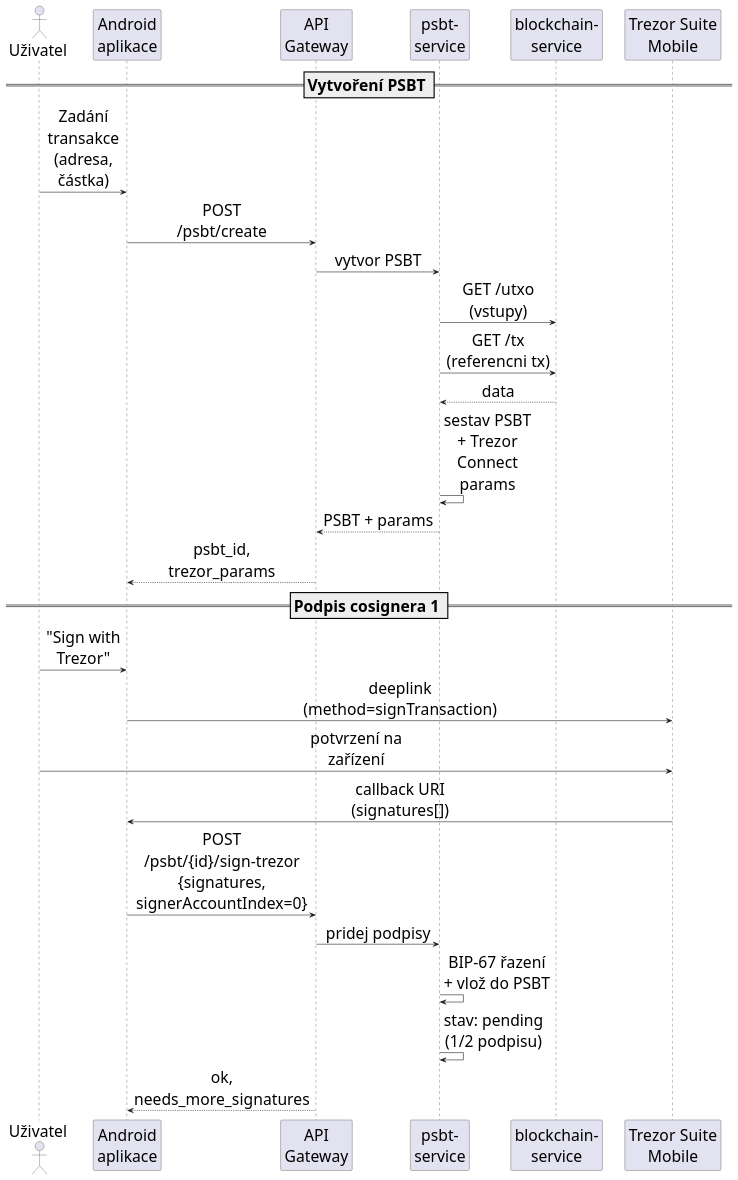
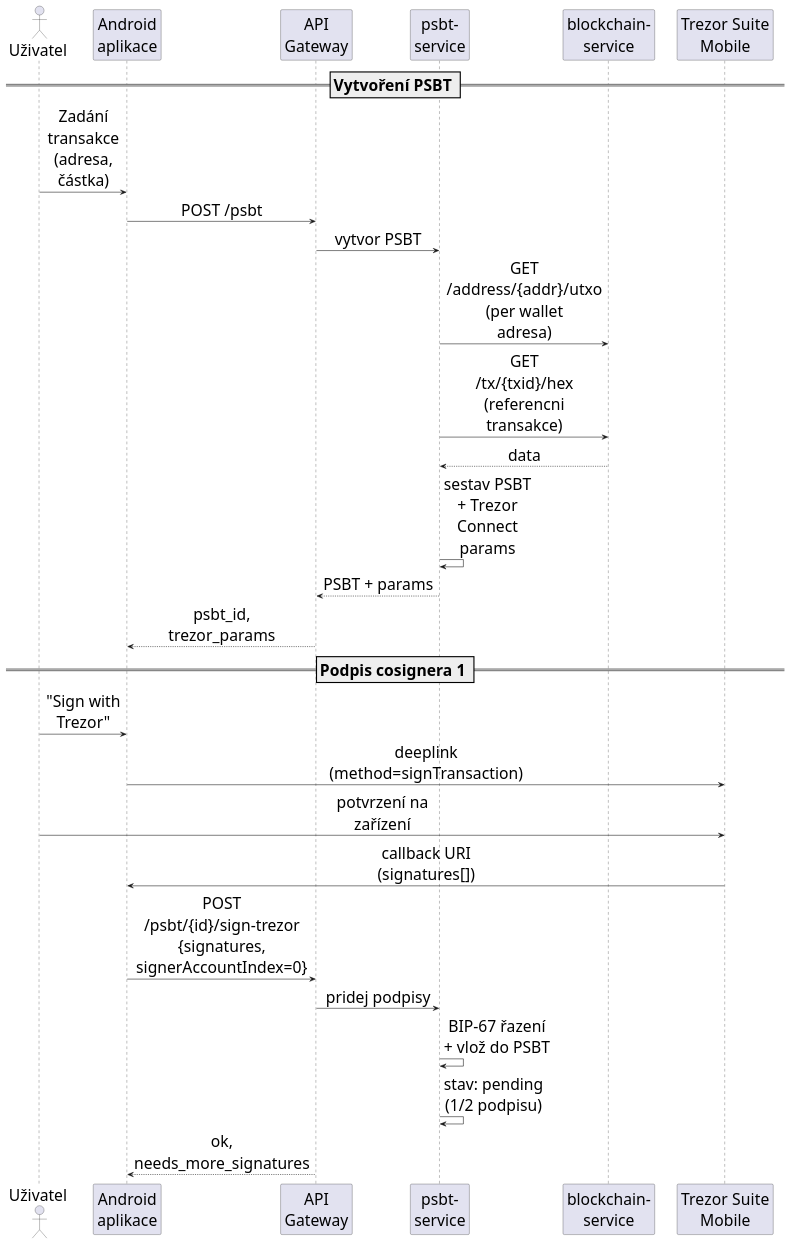
Before and after one commit to Majny/bitcoin-multisig-wallet: the diagram in DOCS/thesis/img/multisig-signing-1.puml, drawn with PlantUML. The commit also changed 19 other files, not shown here.

Commit message:
[docs] refresh thesis diagram

```diff
--- a/DOCS/thesis/img/multisig-signing-1.puml
+++ b/DOCS/thesis/img/multisig-signing-1.puml
@@ -1,41 +1,41 @@
 @startuml
 skinparam backgroundColor white
 skinparam defaultFontSize 28
 skinparam ParticipantPadding 15
 skinparam BoxPadding 10
 skinparam shadowing false
 skinparam sequenceMessageAlign center
 skinparam maxMessageSize 200
 
 actor "Uživatel" as user
 participant "Android\naplikace" as app
 participant "API\nGateway" as gw
 participant "psbt-\nservice" as psbt
 participant "blockchain-\nservice" as bc
 participant "Trezor Suite\nMobile" as trezor
 
 == Vytvoření PSBT ==
 
 user -> app : Zadání transakce\n(adresa, částka)
-app -> gw : POST /psbt/create
+app -> gw : POST /psbt
 gw -> psbt : vytvor PSBT
-psbt -> bc : GET /utxo (vstupy)
-psbt -> bc : GET /tx (referencni tx)
+psbt -> bc : GET /address/{addr}/utxo\n(per wallet adresa)
+psbt -> bc : GET /tx/{txid}/hex\n(referencni transakce)
 psbt <-- bc : data
 psbt -> psbt : sestav PSBT\n+ Trezor Connect params
 gw <-- psbt : PSBT + params
 app <-- gw : psbt_id, trezor_params
 
 == Podpis cosignera 1 ==
 
 user -> app : "Sign with Trezor"
 app -> trezor : deeplink\n(method=signTransaction)
 user -> trezor : potvrzení na zařízení
 trezor -> app : callback URI\n(signatures[])
 app -> gw : POST /psbt/{id}/sign-trezor\n{signatures, signerAccountIndex=0}
 gw -> psbt : pridej podpisy
 psbt -> psbt : BIP-67 řazení\n+ vlož do PSBT
 psbt -> psbt : stav: pending\n(1/2 podpisu)
 app <-- gw : ok, needs_more_signatures
 
 @enduml
```
